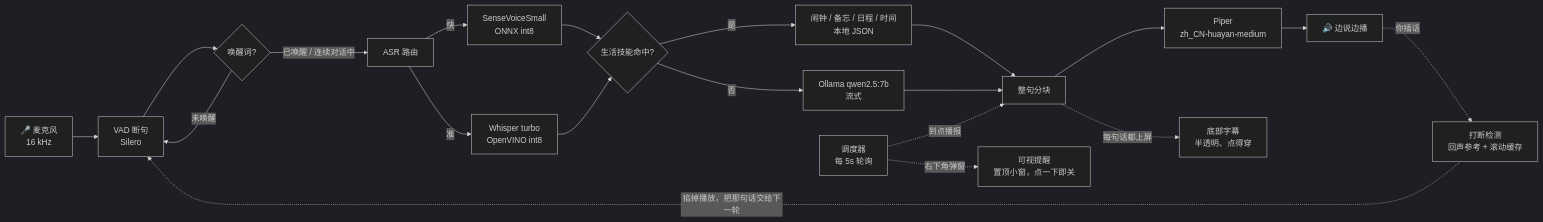
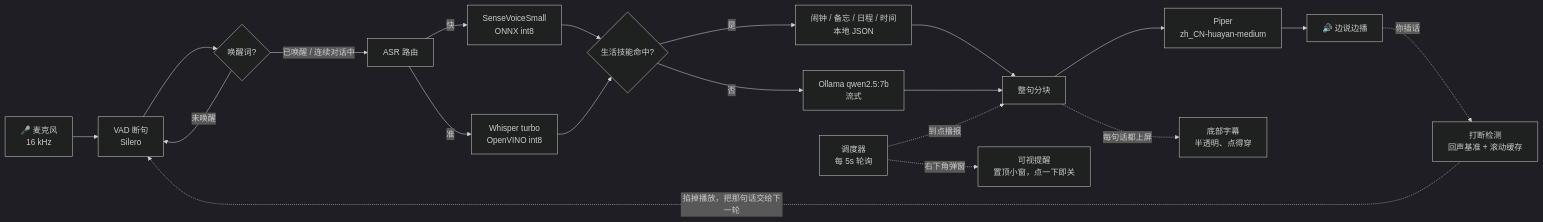
Before and after one commit to Azurwolf1024/local_assistant: the diagram in README.md, drawn with Mermaid (dark theme). The commit also changed other lines of this file, not shown here.

````diff
--- a/README.md
+++ b/README.md
@@ -14,24 +14,24 @@
 ```mermaid
 flowchart LR
     A["🎤 麦克风<br/>16 kHz"] --> B["VAD 断句<br/>Silero"]
     B --> C{"唤醒词?"}
     C -->|未唤醒| B
     C -->|已唤醒 / 连续对话中| D["ASR 路由"]
     D -->|快| E["SenseVoiceSmall<br/>ONNX int8"]
     D -->|准| F["Whisper turbo<br/>OpenVINO int8"]
     E --> G{"生活技能命中?"}
     F --> G
     G -->|是| H["闹钟 / 备忘 / 日程 / 时间<br/>本地 JSON"]
     G -->|否| I["Ollama qwen2.5:7b<br/>流式"]
     H --> J["整句分块"]
     I --> J
     J --> K["Piper<br/>zh_CN-huayan-medium"]
     K --> L["🔊 边说边播"]
 
     M["调度器<br/>每 5s 轮询"] -. 到点播报 .-> J
     M -. 右下角弹窗 .-> N["可视提醒<br/>置顶小窗，点一下即关"]
 
     J -. 每句话都上屏 .-> O["底部字幕<br/>半透明、点得穿"]
-    L -. 你插话 .-> P["打断检测<br/>回声参考 + 滚动缓存"]
+    L -. 你插话 .-> P["打断检测<br/>回声基准 + 滚动缓存"]
     P -. 掐掉播放，把那句话交给下一轮 .-> B
 ```
````
